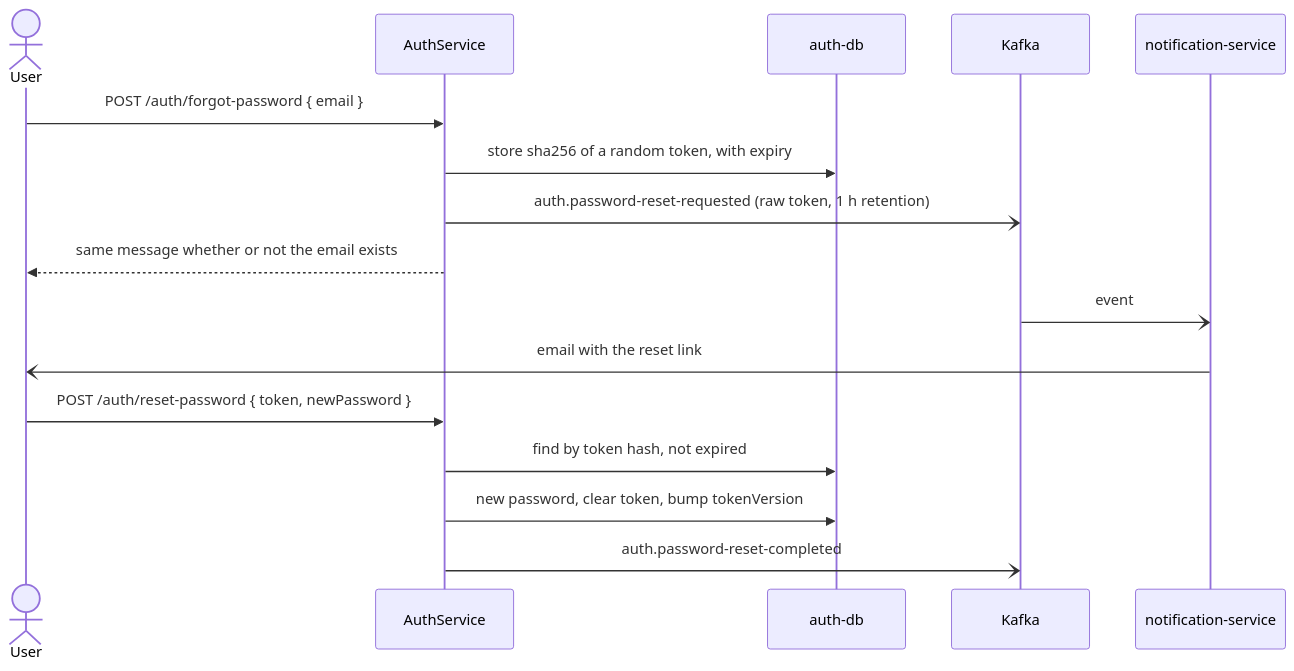
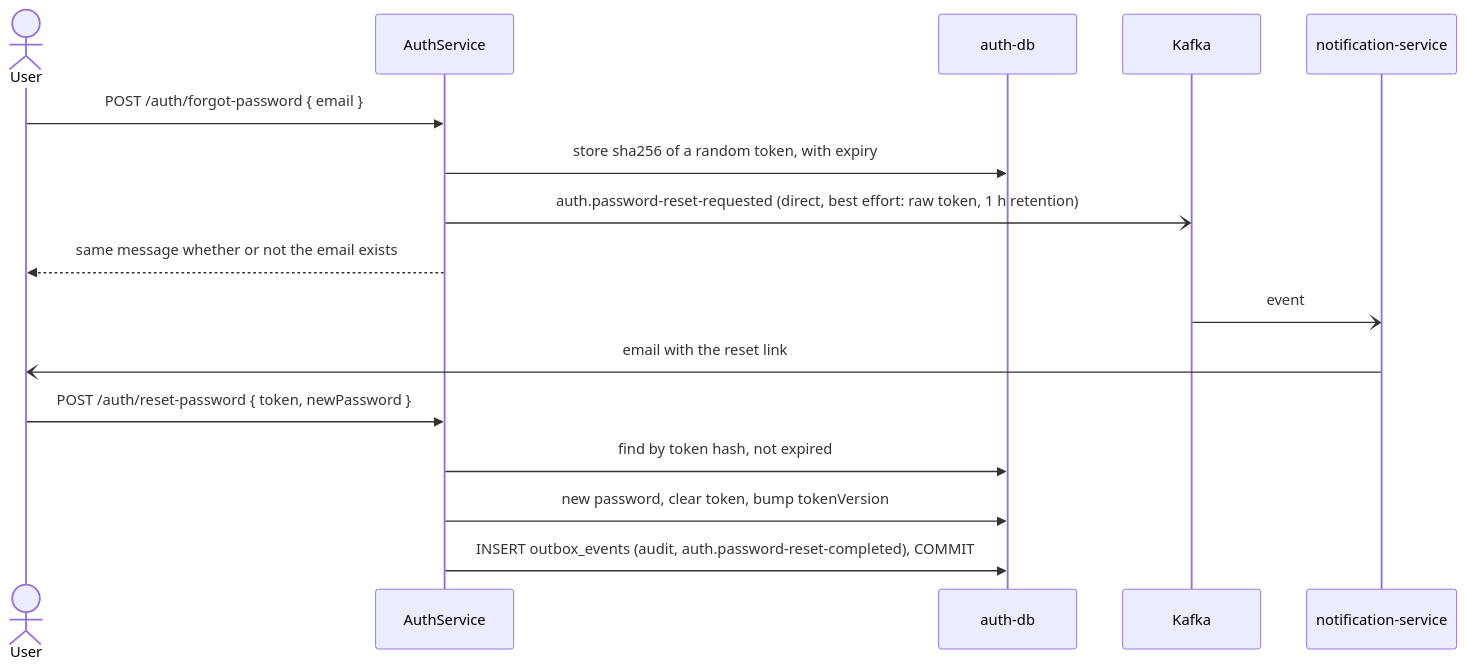
Before and after one commit to Mohammed-Taysser/masr3: the fifth of 7 diagrams in docs/services/auth-service.md, drawn with Mermaid. The commit also changed other lines of this file and 66 other files, not shown here.

Commit message:
refactor: share Kafka producer and consumer from libs, and send auth events through the outbox

````diff
--- a/docs/services/auth-service.md
+++ b/docs/services/auth-service.md
@@ -119,18 +146,18 @@
 ```mermaid
 sequenceDiagram
   actor U as User
   participant A as AuthService
   participant DB as auth-db
   participant K as Kafka
   participant N as notification-service
   U->>A: POST /auth/forgot-password { email }
   A->>DB: store sha256 of a random token, with expiry
-  A-)K: auth.password-reset-requested (raw token, 1 h retention)
+  A-)K: auth.password-reset-requested (direct, best effort: raw token, 1 h retention)
   A-->>U: same message whether or not the email exists
   K-)N: event
   N-)U: email with the reset link
   U->>A: POST /auth/reset-password { token, newPassword }
   A->>DB: find by token hash, not expired
   A->>DB: new password, clear token, bump tokenVersion
-  A-)K: auth.password-reset-completed
+  A->>DB: INSERT outbox_events (audit, auth.password-reset-completed), COMMIT
 ```
````
